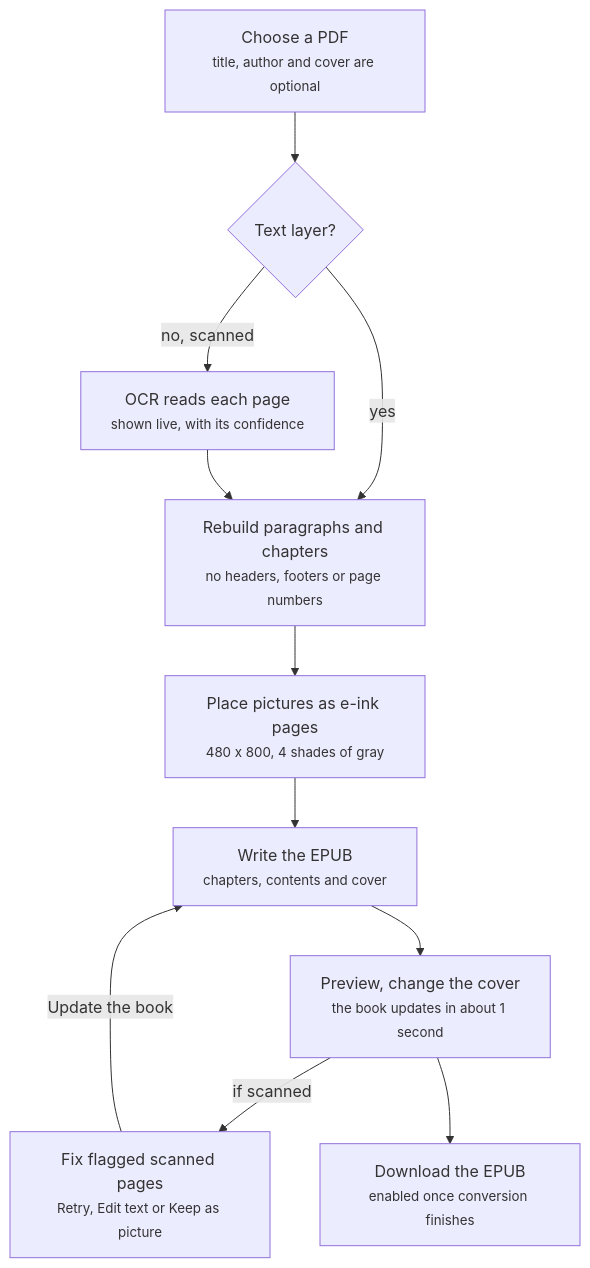
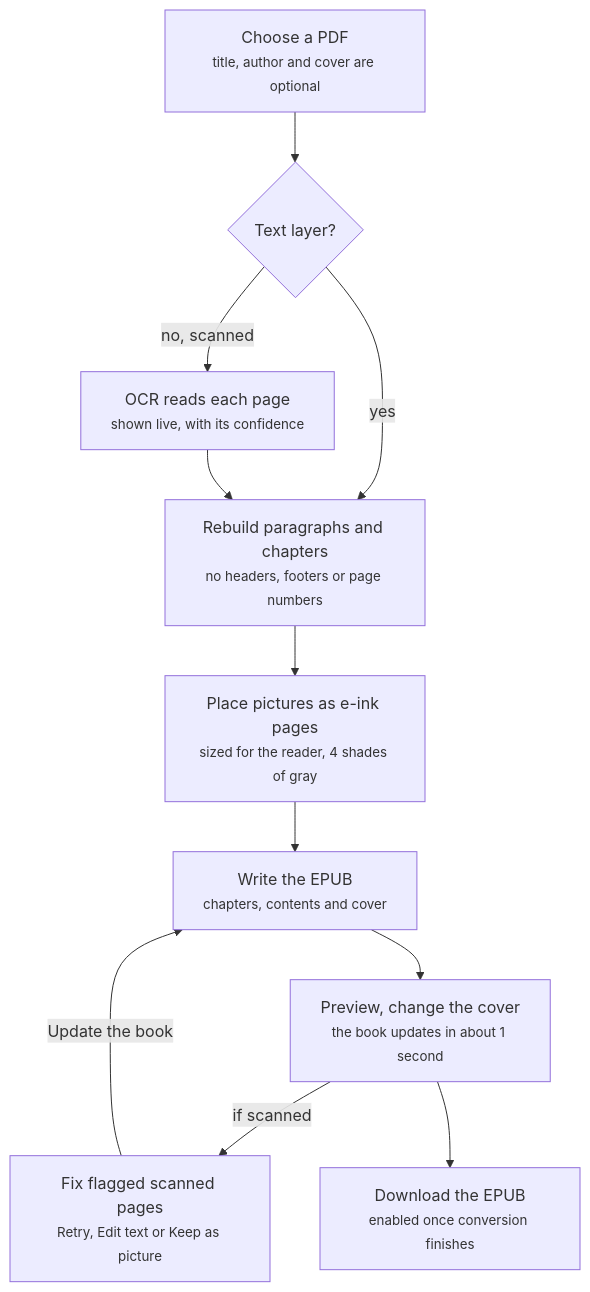
The first of 2 diagrams in brd.md (achmadm23/convertPdf), drawn with Mermaid before and after one commit. The commit also changed other lines of this file and 3 other files, not shown here.

First line of the commit message:
Release v1.2.2: pictures sized for the reader

````diff
--- a/brd.md
+++ b/brd.md
@@ -78,13 +79,13 @@
 ```mermaid
 flowchart TD
     choose["Choose a PDF<br/><small>title, author and cover are optional</small>"] --> layer{"Text layer?"}
     layer -- yes --> rebuild["Rebuild paragraphs and chapters<br/><small>no headers, footers or page numbers</small>"]
     layer -- "no, scanned" --> ocr["OCR reads each page<br/><small>shown live, with its confidence</small>"]
     ocr --> rebuild
-    rebuild --> pictures["Place pictures as e-ink pages<br/><small>480 x 800, 4 shades of gray</small>"]
+    rebuild --> pictures["Place pictures as e-ink pages<br/><small>sized for the reader, 4 shades of gray</small>"]
     pictures --> write["Write the EPUB<br/><small>chapters, contents and cover</small>"]
     write --> preview["Preview, change the cover<br/><small>the book updates in about 1 second</small>"]
     preview -- "if scanned" --> fix["Fix flagged scanned pages<br/><small>Retry, Edit text or Keep as picture</small>"]
     fix -- "Update the book" --> write
     preview --> download["Download the EPUB<br/><small>enabled once conversion finishes</small>"]
 ```
````
